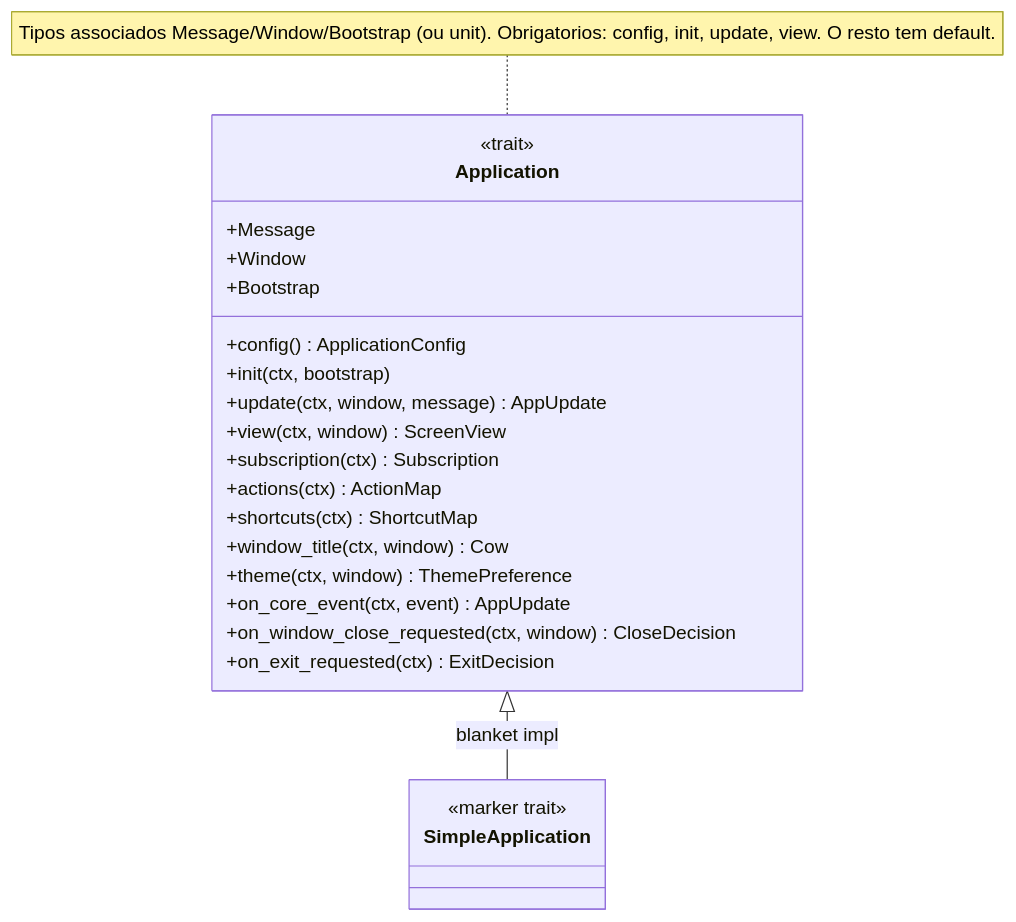
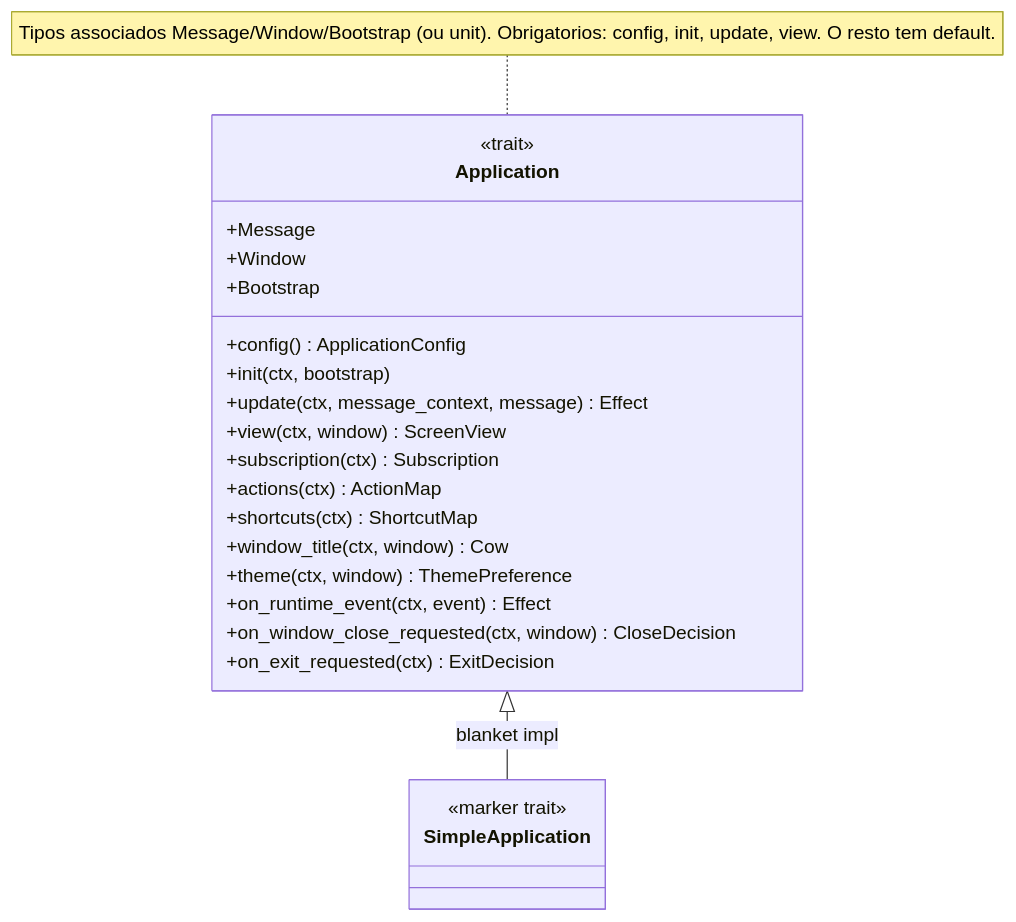
The second of 4 diagrams in docs/architecture/api-surface.md (JirlanSouza/nive), drawn with Mermaid before and after one commit. The commit also changed other lines of this file and 29 other files, not shown here.

````diff
--- a/docs/architecture/api-surface.md
+++ b/docs/architecture/api-surface.md
@@ -71,26 +71,26 @@
 ```mermaid
 classDiagram
     class Application {
         <<trait>>
         +Message
         +Window
         +Bootstrap
         +config() ApplicationConfig
         +init(ctx, bootstrap)
-        +update(ctx, window, message) AppUpdate
+        +update(ctx, message_context, message) Effect
         +view(ctx, window) ScreenView
         +subscription(ctx) Subscription
         +actions(ctx) ActionMap
         +shortcuts(ctx) ShortcutMap
         +window_title(ctx, window) Cow
         +theme(ctx, window) ThemePreference
-        +on_core_event(ctx, event) AppUpdate
+        +on_runtime_event(ctx, event) Effect
         +on_window_close_requested(ctx, window) CloseDecision
         +on_exit_requested(ctx) ExitDecision
     }
     class SimpleApplication {
         <<marker trait>>
     }
     Application <|-- SimpleApplication : blanket impl
     note for Application "Tipos associados Message/Window/Bootstrap (ou unit). Obrigatorios: config, init, update, view. O resto tem default."
 ```
````
